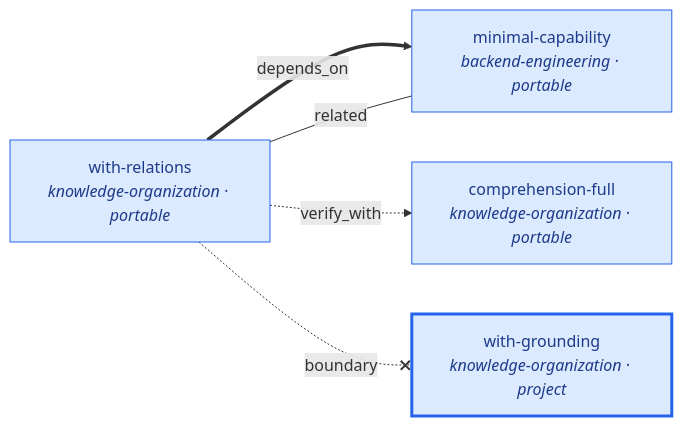
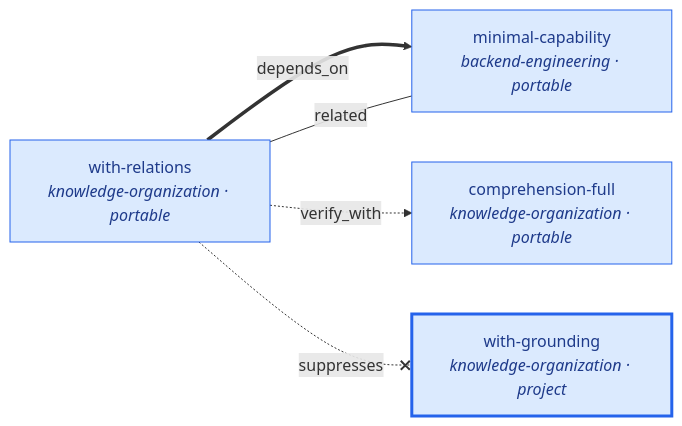
Before and after one commit to jacob-balslev/skill-graph: the fifth of 5 diagrams in SKILL_GRAPH.md, drawn with Mermaid. The commit also changed other lines of this file and 10 other files, not shown here.

````diff
--- a/SKILL_GRAPH.md
+++ b/SKILL_GRAPH.md
@@ -399,24 +399,24 @@
 ```mermaid
 flowchart LR
   MIN["minimal-capability<br/><i>backend-engineering · portable</i>"]
   GR["with-grounding<br/><i>knowledge-organization · project</i>"]
   REL["with-relations<br/><i>knowledge-organization · portable</i>"]
   COMP["comprehension-full<br/><i>knowledge-organization · portable</i>"]
 
   %% depends_on — thick solid, load-bearing
   REL ==>|depends_on| MIN
 
   %% verify_with — dashed, co-load for confidence
   REL -.->|verify_with| COMP
 
   %% related — thin, suggested co-reading
   REL ---|related| MIN
 
-  %% boundary — red, anti-ownership
-  REL -. boundary .-x GR
+  %% suppresses — red, anti-ownership
+  REL -. suppresses .-x GR
 
   classDef capability fill:#dbeafe,stroke:#2563eb,color:#1e3a8a
   classDef project stroke-width:3px
   class MIN,GR,REL,COMP capability
   class GR project
 ```
````
